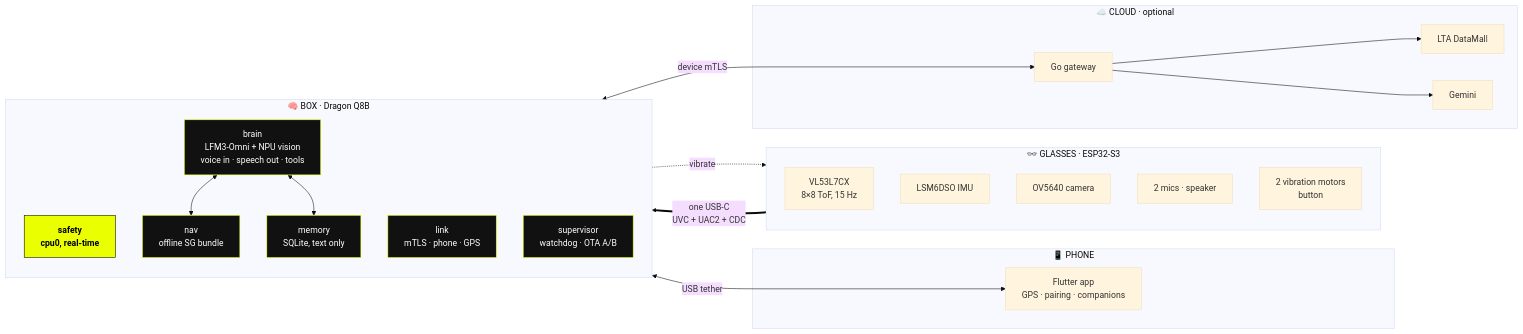
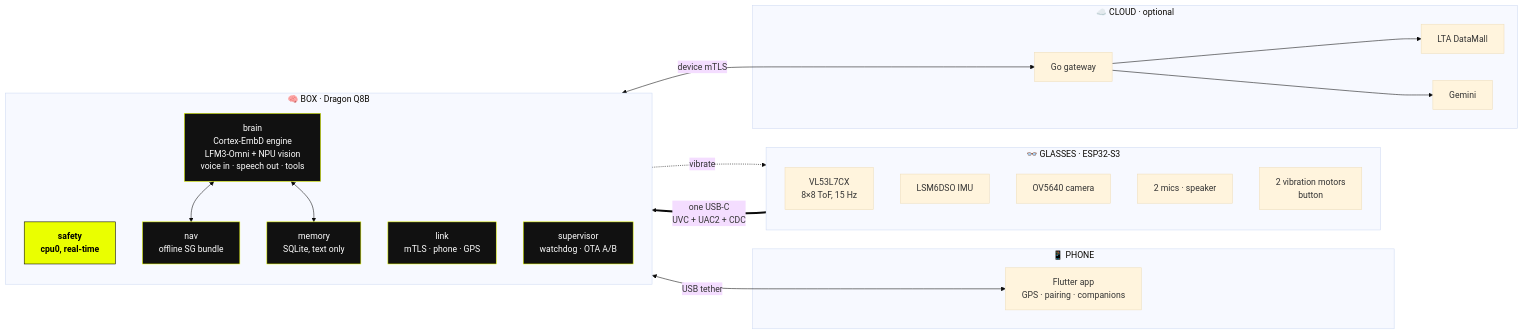
One commit to Asirive/Asirive-Cortex changed the first of 7 diagrams in README.md. Above: the diagram before and after it, drawn with Mermaid (base theme). The commit also changed other lines of this file and 3 other files, not shown here.

First line of the commit message:
README: Cortex-EmbD section, fixed diagrams and numbers

````diff
--- a/README.md
+++ b/README.md
@@ -77,45 +78,45 @@
 ```mermaid
 flowchart LR
   subgraph G["👓 GLASSES · ESP32-S3"]
     direction TB
     TOF["VL53L7CX<br/>8×8 ToF, 15 Hz"]
     IMU["LSM6DSO IMU"]
     CAM["OV5640 camera"]
     AUD["2 mics · speaker"]
     HAP["2 vibration motors<br/>button"]
   end
 
   subgraph B["🧠 BOX · Dragon Q8B"]
     direction TB
     SAFE["safety<br/>cpu0, real-time"]
-    BRAIN["brain<br/>LFM3-Omni + NPU vision<br/>voice in · speech out · tools"]
+    BRAIN["brain<br/>Cortex-EmbD engine<br/>LFM3-Omni + NPU vision<br/>voice in · speech out · tools"]
     NAV["nav<br/>offline SG bundle"]
     MEM["memory<br/>SQLite, text only"]
     LINK["link<br/>mTLS · phone · GPS"]
     SUP["supervisor<br/>watchdog · OTA A/B"]
   end
 
   subgraph P["📱 PHONE"]
     APP["Flutter app<br/>GPS · pairing · companions"]
   end
 
   subgraph C["☁️ CLOUD · optional"]
     GW["Go gateway"]
     LTA["LTA DataMall"]
     GEM["Gemini"]
   end
 
   G == "one USB-C<br/>UVC + UAC2 + CDC" ==> B
   SAFE -. "vibrate" .-> HAP
   BRAIN <--> NAV
   BRAIN <--> MEM
   LINK <-->|"USB tether"| APP
   LINK <-->|"device mTLS"| GW
   GW --> LTA
   GW --> GEM
 
   classDef hot fill:#EAFF00,stroke:#000,color:#000,font-weight:bold
   classDef box fill:#111,stroke:#EAFF00,color:#fff
   class SAFE hot
   class BRAIN,NAV,MEM,LINK,SUP box
 ```
````
